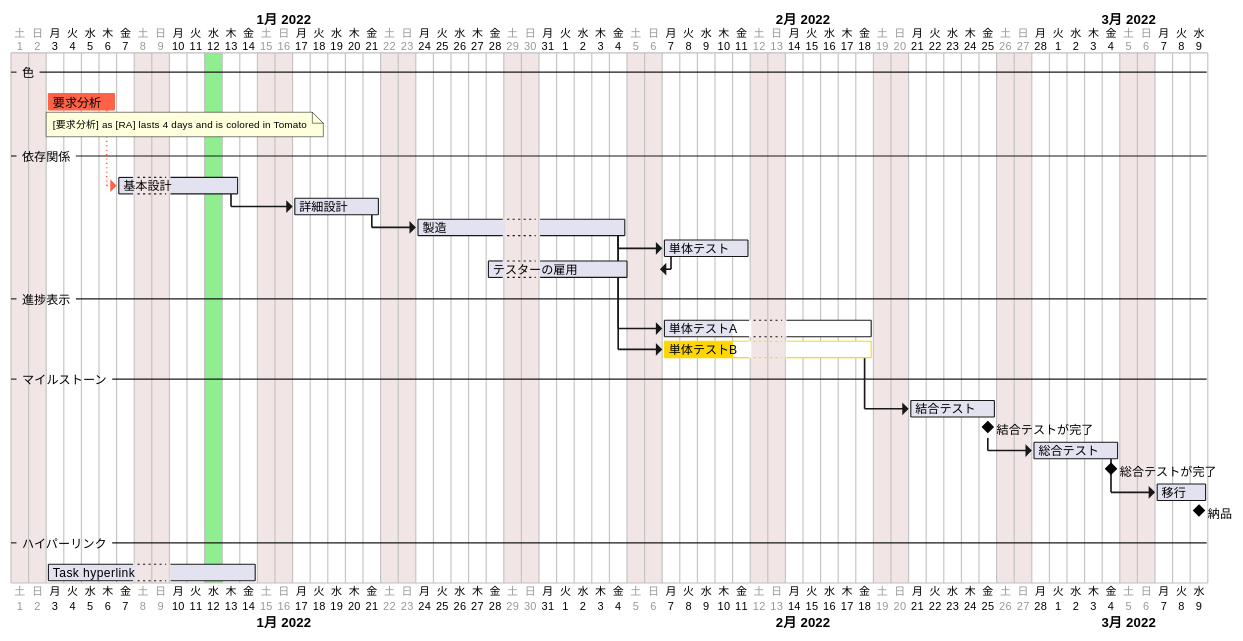
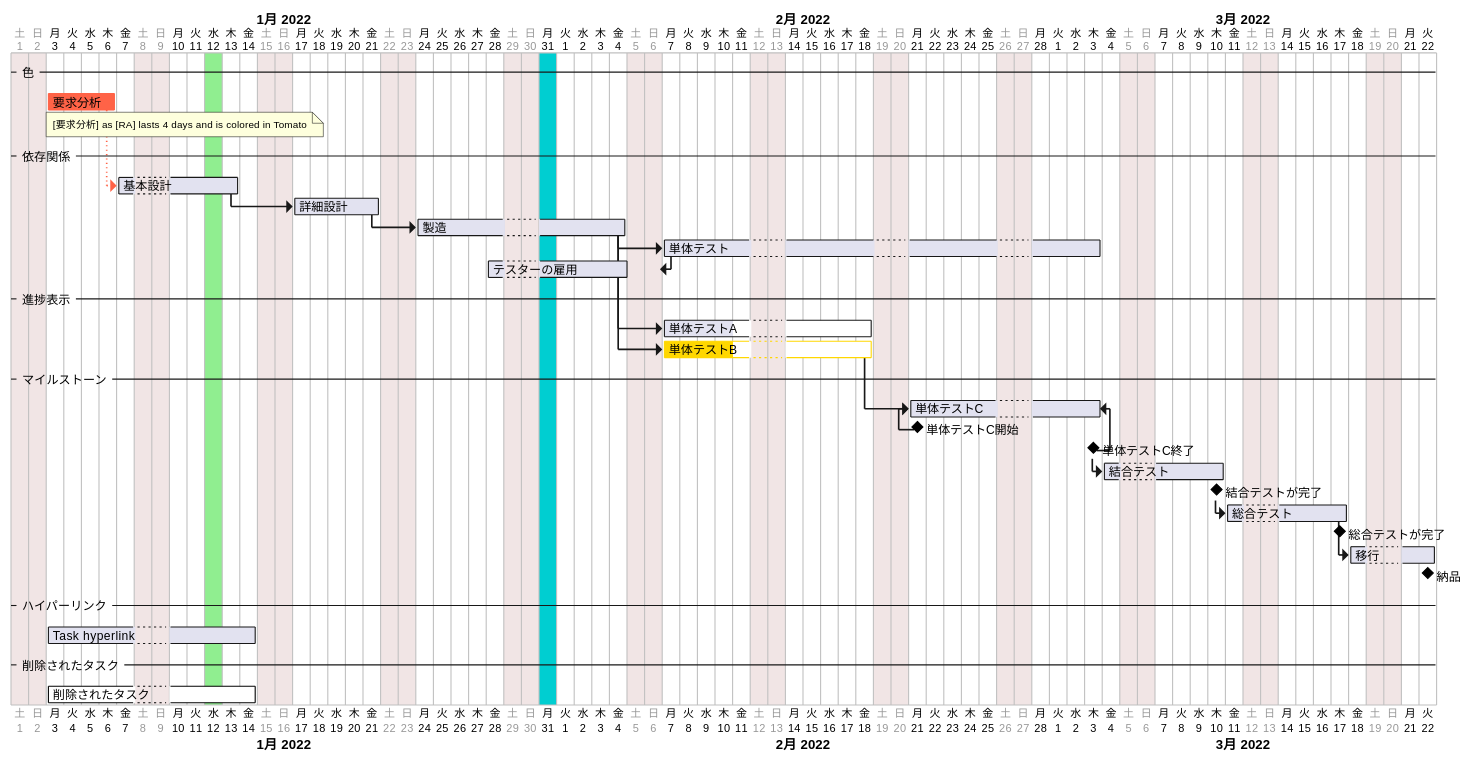
One commit to yzkn/PlantUML-CheatSheet changed the first of 4 diagrams in src/10-061-ガントチャート.md. Above: the diagram before and after it, drawn with PlantUML.

````diff
--- a/src/10-061-ガントチャート.md
+++ b/src/10-061-ガントチャート.md
@@ -3,63 +3,77 @@
 ```plantuml
 
 @startgantt
 
 language ja
 
 project starts the 2022/01/01
 
 saturday are closed
 sunday are closed
 
 -- 色 --
 
 [要求分析] as [RA] lasts 4 days and is colored in Tomato
 
 note bottom
     [要求分析] as [RA] lasts 4 days and is colored in Tomato
 end note
 
 2022/01/12 is colored in LightGreen
 
+' 本日の色
+today is 30 days after start and is colored in #DarkTurquoise
+
 -- 依存関係 --
 
-[基本設計] lasts 1 week and starts at [RA]'s end with Tomato dotted link /' リンクの色 '/
+[基本設計] lasts 1 week and starts at [RA]'s end with Tomato dotted link /' リンクの色 bold , dashed , dotted '/
 [詳細設計] lasts 1 week and starts 3 days after [基本設計]'s end
 then [製造] lasts 2 weeks
 
-[単体テスト] lasts 1 week
+[単体テスト] lasts 3 week and 4 days
 [製造] -> [単体テスト]
 
 [テスターの雇用] lasts 6 days and ends at [単体テスト]'s start
 
 -- 進捗表示 --
 
 [製造] -> [単体テストA]
 [製造] -> [単体テストB]
 
 [単体テストA] lasts 2 weeks and is 40% completed
 [単体テストB] lasts 2 weeks and is 40% completed and is colored in Gold
 
 -- マイルストーン --
 
+[単体テストB] -> [単体テストC]
+
+[単体テストC開始] happens 2022-02-21
+[単体テストC終了] happens 2022-02-31
+[単体テストC] occurs from [単体テストC開始] to [単体テストC終了]
+
 then [結合テスト] lasts 5 days
 [結合テストが完了] happens at [結合テスト]'s end
 [総合テスト] lasts 5 days
 [総合テスト] starts at [結合テストが完了]'s end
 
-[総合テストが完了] happens 2022-03-04
+[総合テストが完了] happens 2022-03-17
 [移行] lasts 3 days
 [移行] starts at [総合テスト]'s end
 
 ' 全タスク完了のマイルストーン
 [納品] happens at [結合テスト]'s end
 [納品] happens at [総合テスト]'s end
 [納品] happens at [移行]'s end
 
 -- ハイパーリンク --
 
 [Task hyperlink] lasts 10 days and links to [[https://plantuml.com/ja/gantt-diagram]]
 
+-- 削除されたタスク --
+
+[削除されたタスク] lasts 10 days
+[削除されたタスク] is deleted
+
 @endgantt
 
 ```
````
